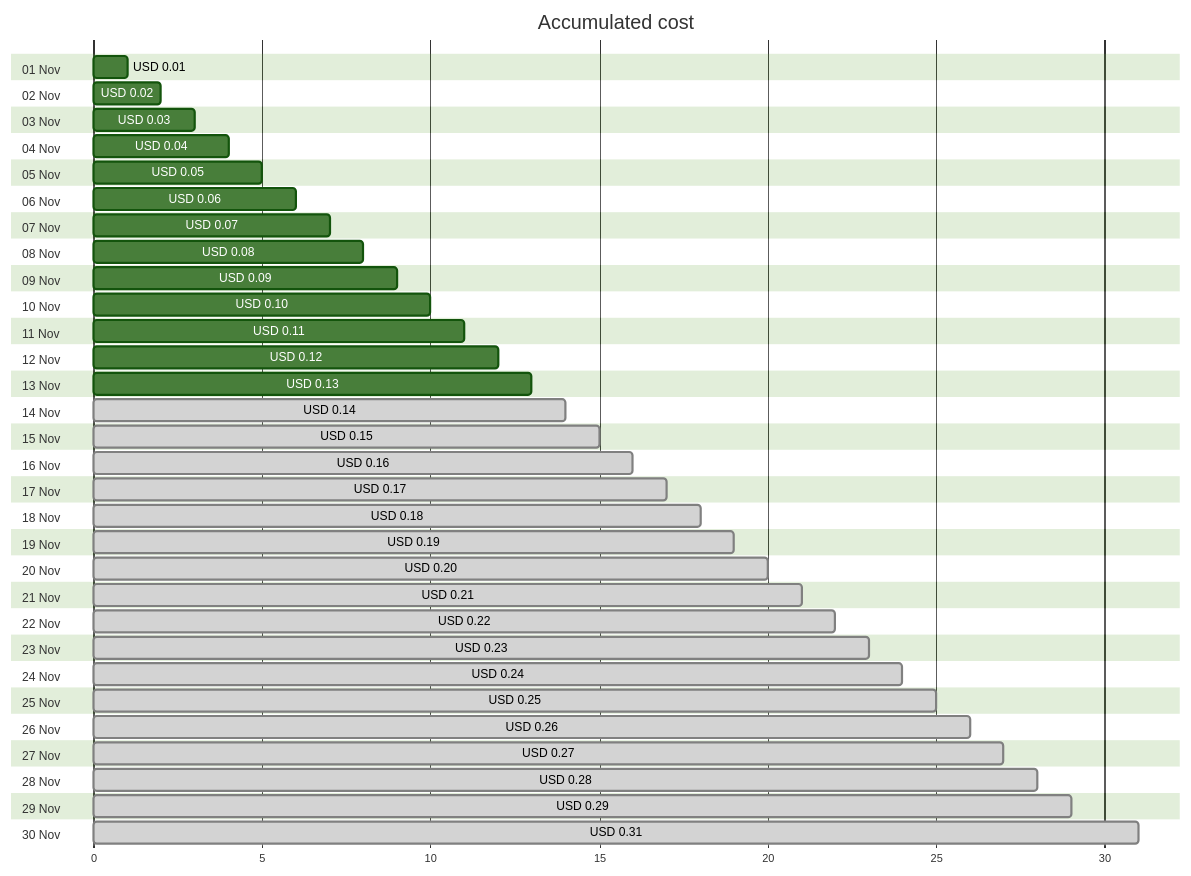
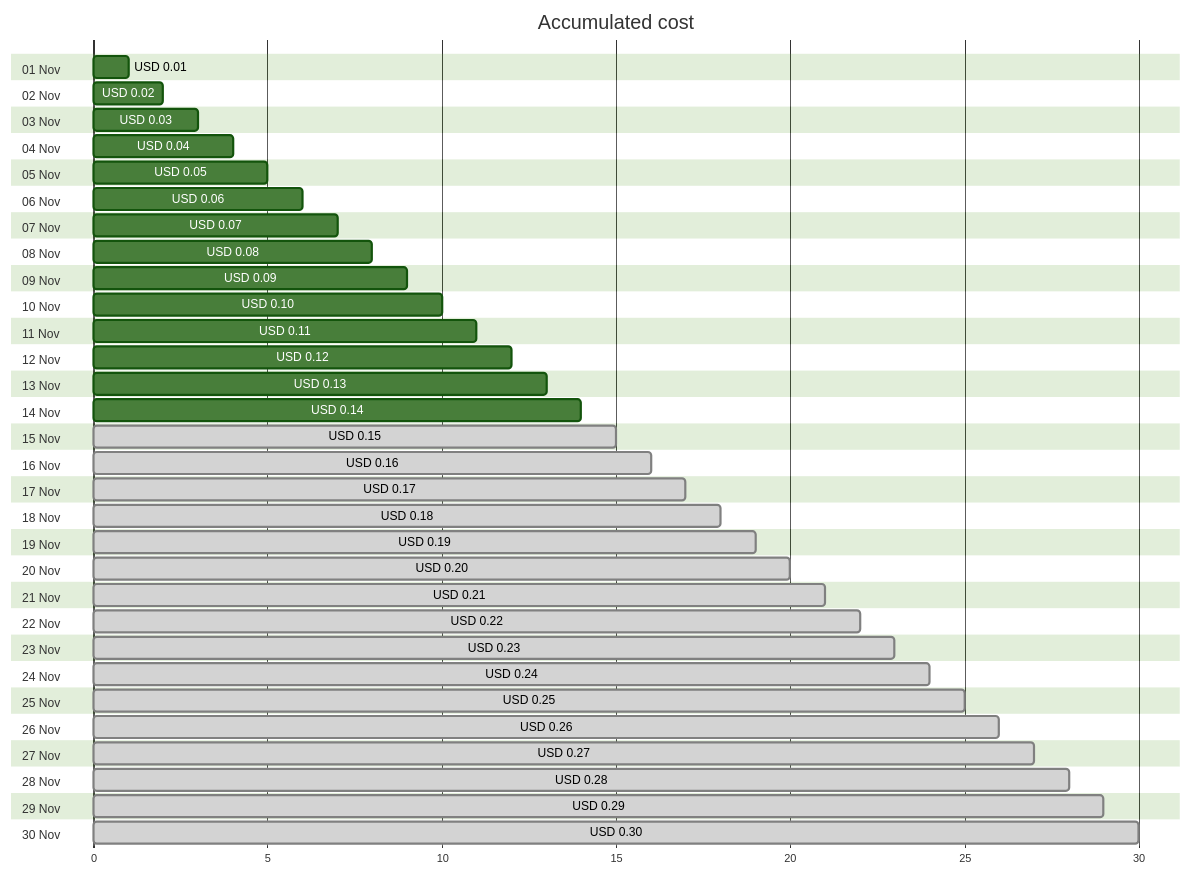
The first of 4 diagrams in cost-reports/cloud-shell-storage-eastus/README.md (jpfulton/azure-personal-reports), drawn with Mermaid (forest theme) before and after one commit. The commit also changed other lines of this file and 1 other file, not shown here.

````diff
--- a/cost-reports/cloud-shell-storage-eastus/README.md
+++ b/cost-reports/cloud-shell-storage-eastus/README.md
@@ -20,66 +20,66 @@
 ```mermaid
 gantt
    title Accumulated cost
    dateFormat  X
    axisFormat %s
    section 01 Nov
    USD 0.01 :0, 1
    section 02 Nov
    USD 0.02 :0, 2
    section 03 Nov
    USD 0.03 :0, 3
    section 04 Nov
    USD 0.04 :0, 4
    section 05 Nov
    USD 0.05 :0, 5
    section 06 Nov
    USD 0.06 :0, 6
    section 07 Nov
    USD 0.07 :0, 7
    section 08 Nov
    USD 0.08 :0, 8
    section 09 Nov
    USD 0.09 :0, 9
    section 10 Nov
    USD 0.10 :0, 10
    section 11 Nov
    USD 0.11 :0, 11
    section 12 Nov
    USD 0.12 :0, 12
    section 13 Nov
    USD 0.13 :0, 13
    section 14 Nov
-   USD 0.14 : done, 0, 14
+   USD 0.14 :0, 14
    section 15 Nov
    USD 0.15 : done, 0, 15
    section 16 Nov
    USD 0.16 : done, 0, 16
    section 17 Nov
    USD 0.17 : done, 0, 17
    section 18 Nov
    USD 0.18 : done, 0, 18
    section 19 Nov
    USD 0.19 : done, 0, 19
    section 20 Nov
    USD 0.20 : done, 0, 20
    section 21 Nov
    USD 0.21 : done, 0, 21
    section 22 Nov
    USD 0.22 : done, 0, 22
    section 23 Nov
    USD 0.23 : done, 0, 23
    section 24 Nov
    USD 0.24 : done, 0, 24
    section 25 Nov
    USD 0.25 : done, 0, 25
    section 26 Nov
    USD 0.26 : done, 0, 26
    section 27 Nov
    USD 0.27 : done, 0, 27
    section 28 Nov
    USD 0.28 : done, 0, 28
    section 29 Nov
    USD 0.29 : done, 0, 29
    section 30 Nov
-   USD 0.31 : done, 0, 31
+   USD 0.30 : done, 0, 30
 ```
````
